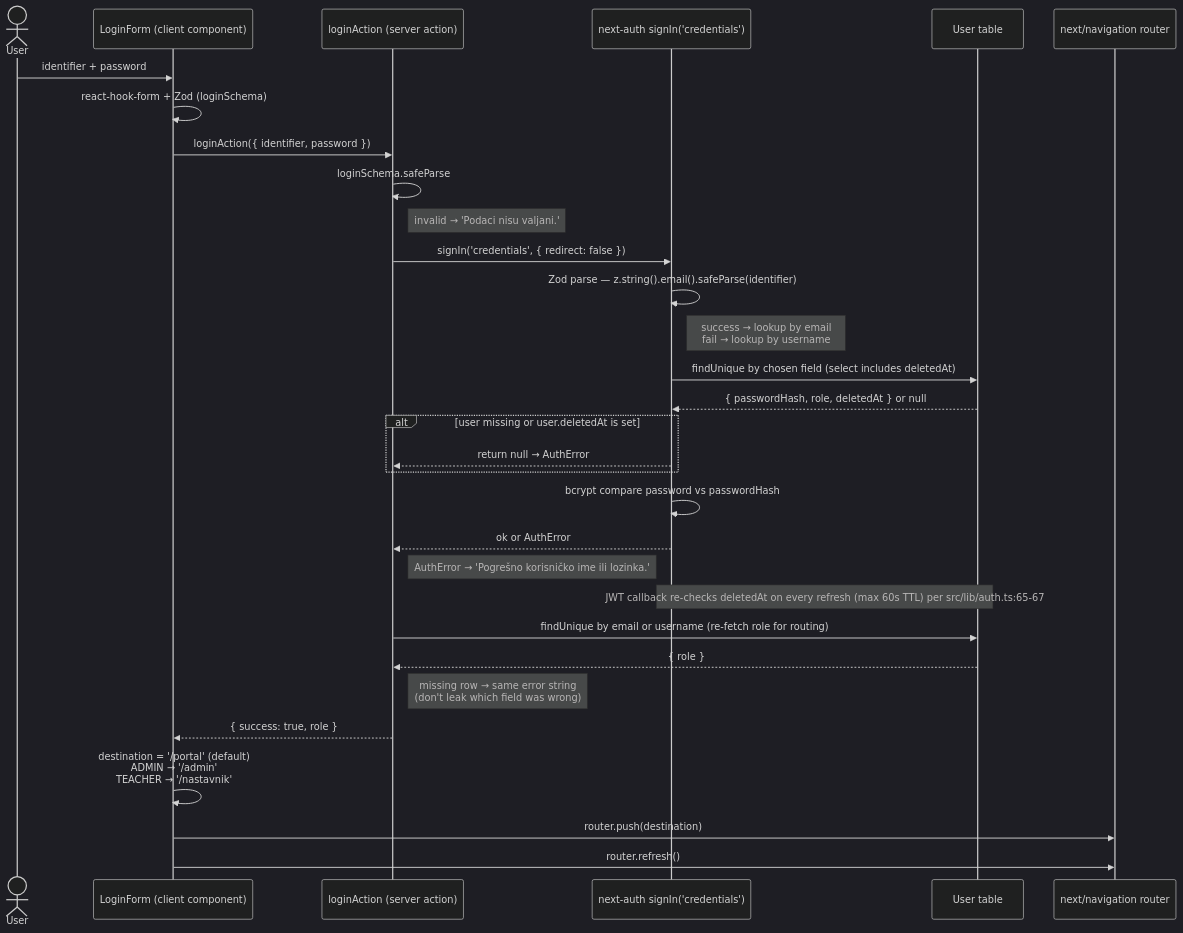
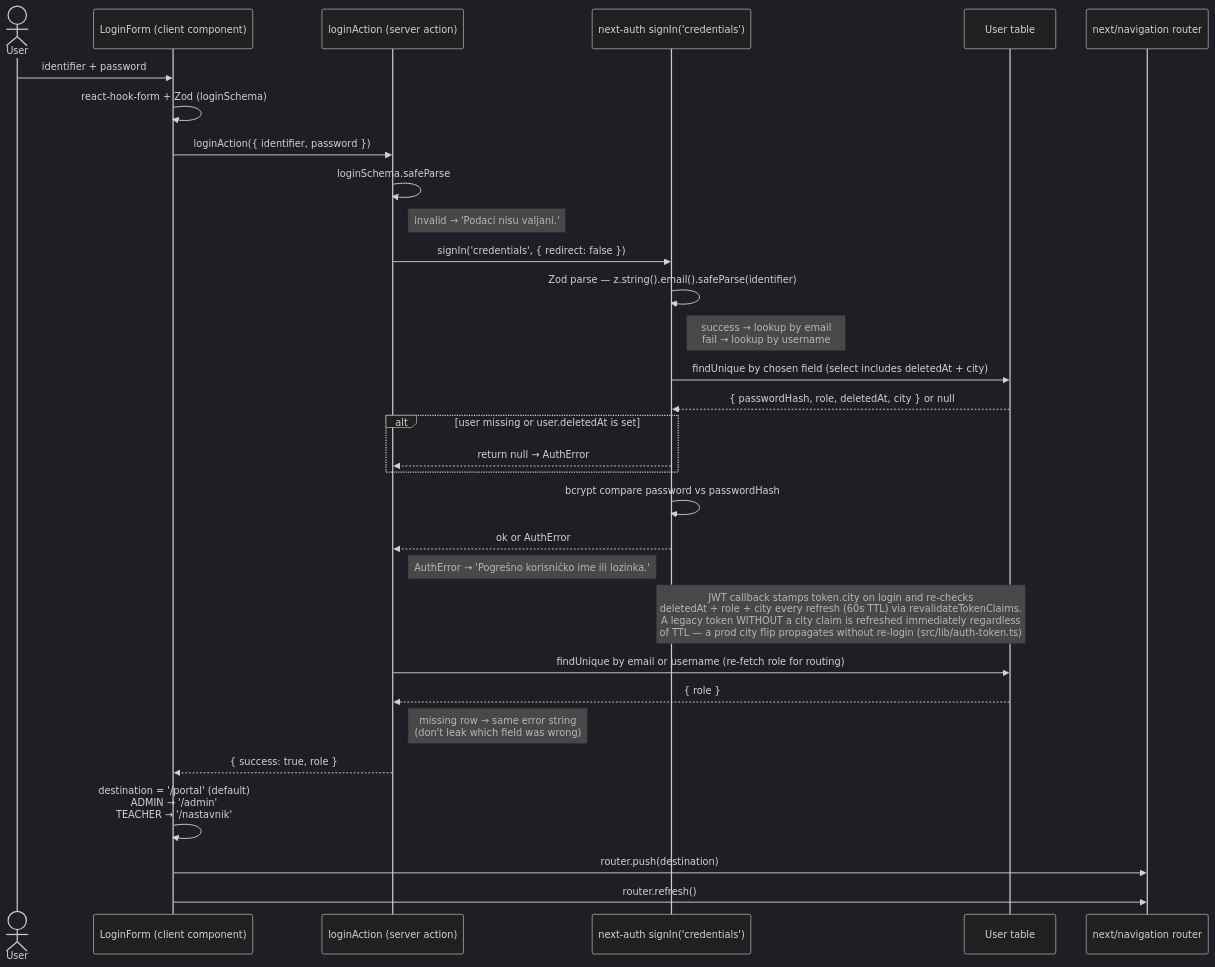
Before and after one commit to jpucic00/inovatic: the first of 3 diagrams in docs/diagrams/role-based-login.md, drawn with Mermaid (dark theme). The commit also changed other lines of this file and 18 other files, not shown here.

````diff
--- a/docs/diagrams/role-based-login.md
+++ b/docs/diagrams/role-based-login.md
@@ -16,39 +16,39 @@
 ```mermaid
 sequenceDiagram
     actor User
     participant Form as LoginForm (client component)
     participant Action as loginAction (server action)
     participant Auth as next-auth signIn('credentials')
     participant DB as User table
     participant Router as next/navigation router
 
     User->>Form: identifier + password
     Form->>Form: react-hook-form + Zod (loginSchema)
     Form->>Action: loginAction({ identifier, password })
 
     Action->>Action: loginSchema.safeParse
     Note right of Action: invalid → 'Podaci nisu valjani.'
 
     Action->>Auth: signIn('credentials', { redirect: false })
     Auth->>Auth: Zod parse — z.string().email().safeParse(identifier)
     Note right of Auth: success → lookup by email<br/>fail → lookup by username
-    Auth->>DB: findUnique by chosen field (select includes deletedAt)
-    DB-->>Auth: { passwordHash, role, deletedAt } or null
+    Auth->>DB: findUnique by chosen field (select includes deletedAt + city)
+    DB-->>Auth: { passwordHash, role, deletedAt, city } or null
     alt user missing or user.deletedAt is set
         Auth-->>Action: return null → AuthError
     end
     Auth->>Auth: bcrypt compare password vs passwordHash
     Auth-->>Action: ok or AuthError
     Note right of Action: AuthError → 'Pogrešno korisničko ime ili lozinka.'
-    Note over Auth,DB: JWT callback re-checks deletedAt on every refresh (max 60s TTL) per src/lib/auth.ts:65-67
+    Note over Auth,DB: JWT callback stamps token.city on login and re-checks<br/>deletedAt + role + city every refresh (60s TTL) via revalidateTokenClaims.<br/>A legacy token WITHOUT a city claim is refreshed immediately regardless<br/>of TTL — a prod city flip propagates without re-login (src/lib/auth-token.ts)
 
     Action->>DB: findUnique by email or username (re-fetch role for routing)
     DB-->>Action: { role }
     Note right of Action: missing row → same error string<br/>(don't leak which field was wrong)
 
     Action-->>Form: { success: true, role }
     Form->>Form: destination = '/portal' (default)<br/>ADMIN → '/admin'<br/>TEACHER → '/nastavnik'
 
     Form->>Router: router.push(destination)
     Form->>Router: router.refresh()
 ```
````
